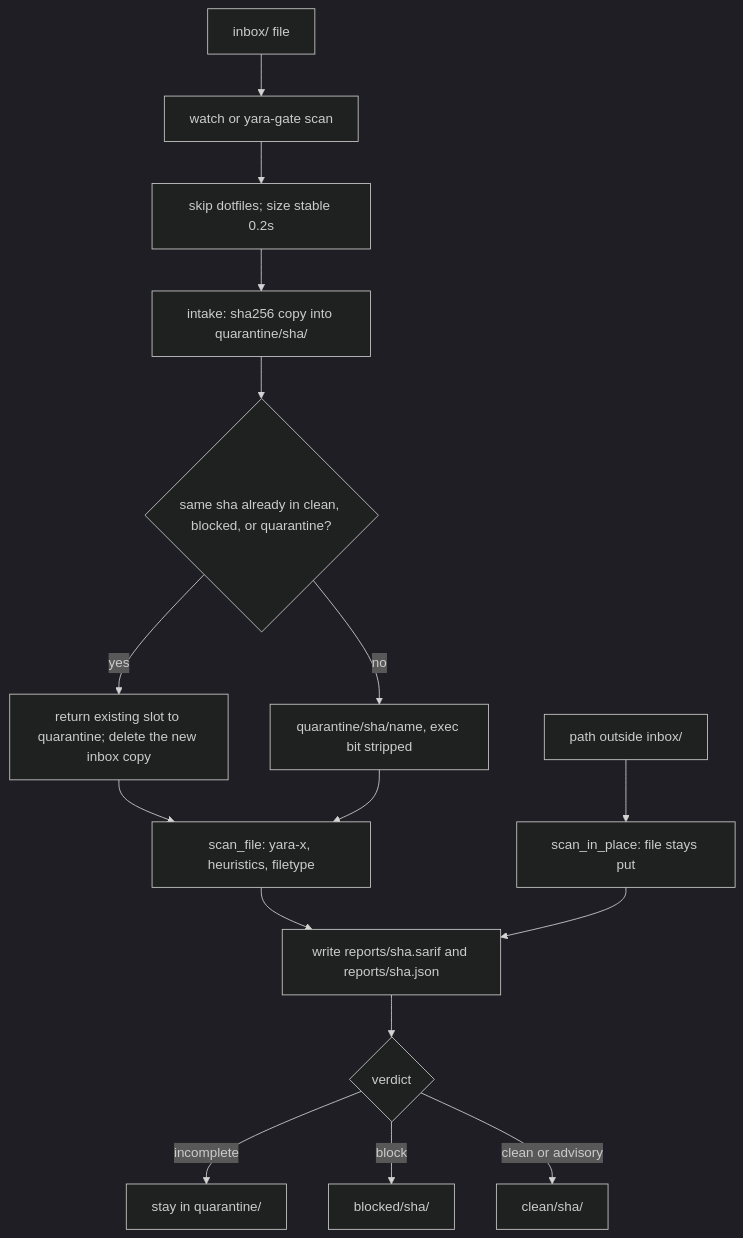
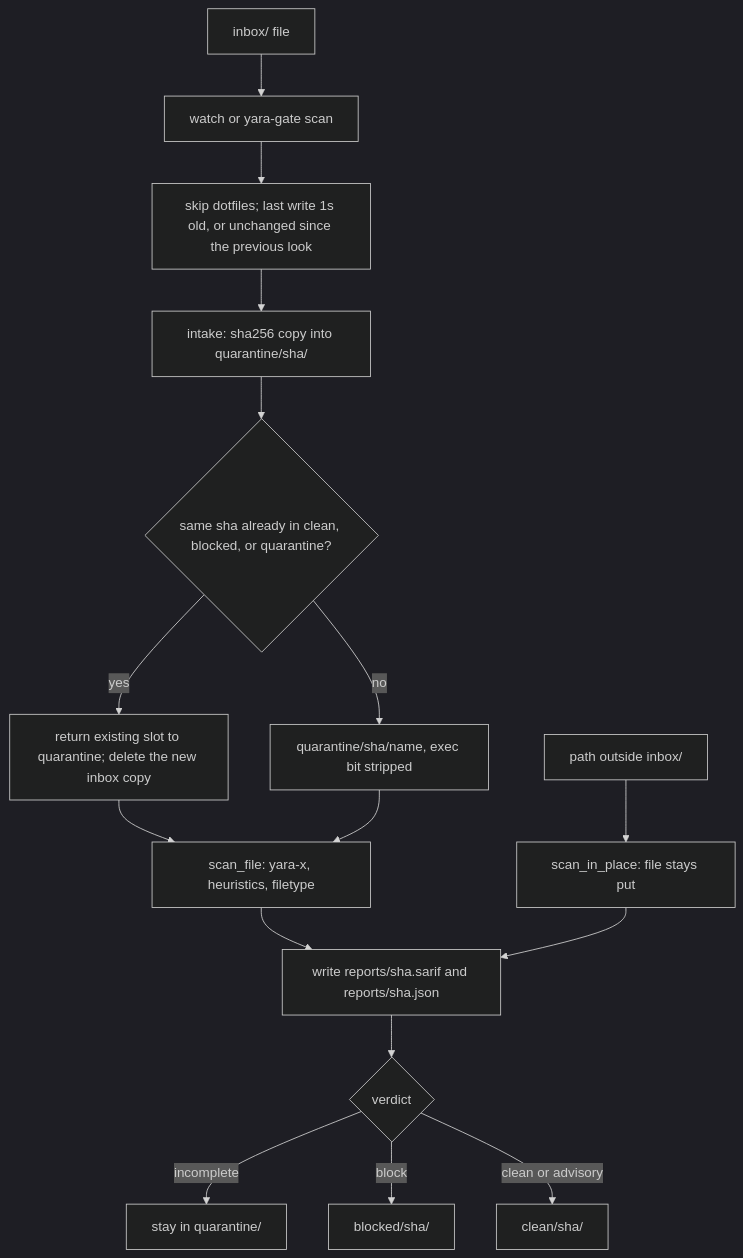
One commit to cgfixit/yara-gate changed the diagram in README.md. Above: the diagram before and after it, drawn with Mermaid (dark theme). The commit also changed other lines of this file and 2 other files, not shown here.

First paragraph of the commit message:
[perf] - Settle inbox files by age or two looks instead of a 0.2 s sleep per file
Issue #42, reproduced first: drain_inbox over 200 small files that had sat in
the inbox for ten seconds took 40.8 s on main, all of it the fixed sleep in
_size_settled, under the handler lock.

````diff
--- a/README.md
+++ b/README.md
@@ -88,18 +88,18 @@
 ```mermaid
 flowchart TD
     drop["inbox/ file"] --> watch["watch or yara-gate scan"]
-    watch --> settle["skip dotfiles; size stable 0.2s"]
+    watch --> settle["skip dotfiles; last write 1s old, or unchanged since the previous look"]
     settle --> intake["intake: sha256 copy into quarantine/sha/"]
     intake --> known{"same sha already in clean, blocked, or quarantine?"}
     known -->|yes| reuse["return existing slot to quarantine; delete the new inbox copy"]
     known -->|no| slot["quarantine/sha/name, exec bit stripped"]
     reuse --> scan
     slot --> scan["scan_file: yara-x, heuristics, filetype"]
     scan --> report["write reports/sha.sarif and reports/sha.json"]
     report --> verdict{"verdict"}
     verdict -->|incomplete| stay["stay in quarantine/"]
     verdict -->|block| blocked["blocked/sha/"]
     verdict -->|clean or advisory| clean["clean/sha/"]
     outside["path outside inbox/"] --> inplace["scan_in_place: file stays put"]
     inplace --> report
 ```
````
